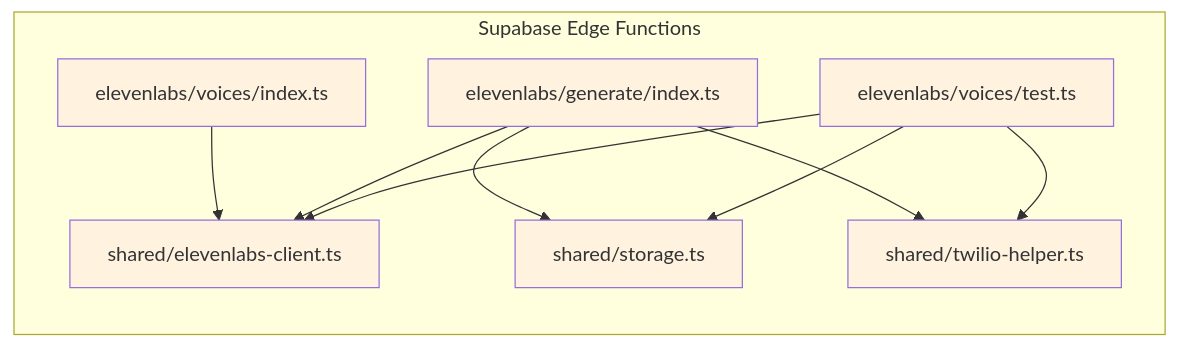
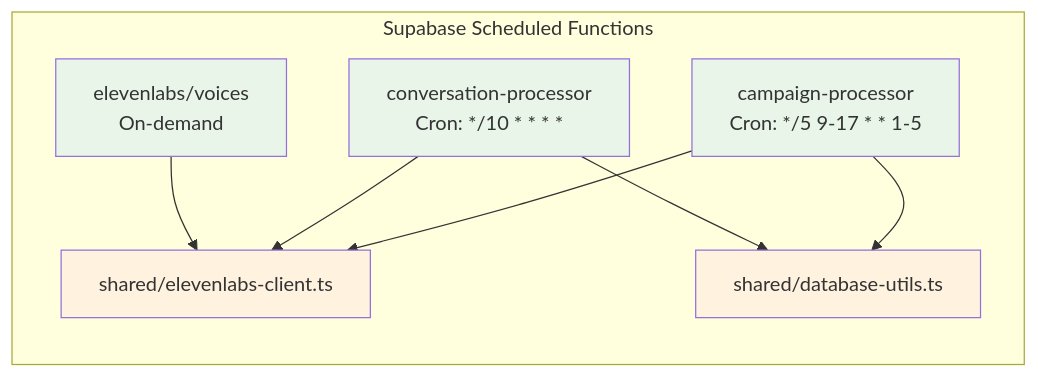
Before and after one commit to callhenk/henk: the sixth of 13 diagrams in docs/elevenlabs-architecture.md, drawn with Mermaid. The commit also changed other lines of this file, not shown here.

First line of the commit message:
Revise ElevenLabs architecture documentation to reflect simplified outbound campaign design

````diff
--- a/docs/elevenlabs-architecture.md
+++ b/docs/elevenlabs-architecture.md
@@ -209,22 +188,22 @@
 ```mermaid
 graph LR
-    subgraph "Supabase Edge Functions"
-        A[elevenlabs/voices/index.ts]
-        B[elevenlabs/generate/index.ts]
-        C[elevenlabs/voices/test.ts]
+    subgraph "Supabase Scheduled Functions"
+        A[campaign-processor<br/>Cron: */5 9-17 * * 1-5]
+        B[conversation-processor<br/>Cron: */10 * * * *]
+        C[elevenlabs/voices<br/>On-demand]
         D[shared/elevenlabs-client.ts]
-        E[shared/storage.ts]
-        F[shared/twilio-helper.ts]
+        E[shared/database-utils.ts]
     end
 
     A --> D
     B --> D
     C --> D
+    A --> E
     B --> E
-    C --> E
-    B --> F
-    C --> F
 
-    classDef edge fill:#fff3e0
-    class A,B,C,D,E,F edge
+    classDef scheduled fill:#e8f5e8
+    classDef shared fill:#fff3e0
+
+    class A,B,C scheduled
+    class D,E shared
 ```
````
